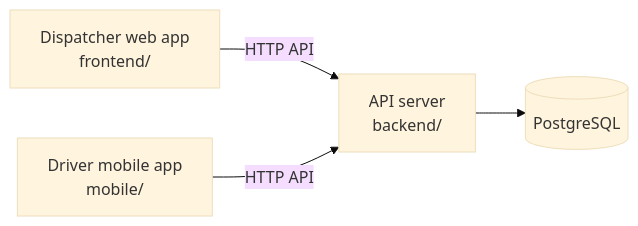
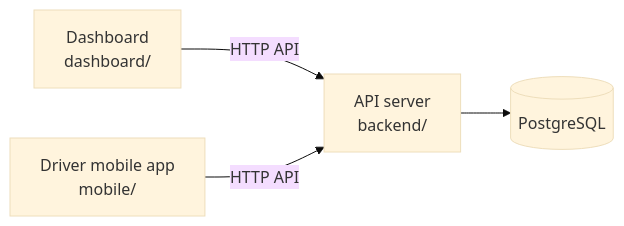
One commit to danirisdiandita/Nextsci-Route-Optimization changed the diagram in README.md. Above: the diagram before and after it, drawn with Mermaid (base theme). The commit also changed other lines of this file and 2 other files, not shown here.

Commit message:
Document the dashboard and the website split

````diff
--- a/README.md
+++ b/README.md
@@ -40,6 +40,6 @@
 ```mermaid
 flowchart LR
-	D["Dispatcher web app<br/>frontend/"] -->|HTTP API| B["API server<br/>backend/"]
+	D["Dashboard<br/>dashboard/"] -->|HTTP API| B["API server<br/>backend/"]
 	M["Driver mobile app<br/>mobile/"] -->|HTTP API| B
 	B --> P[("PostgreSQL")]
 ```
````
